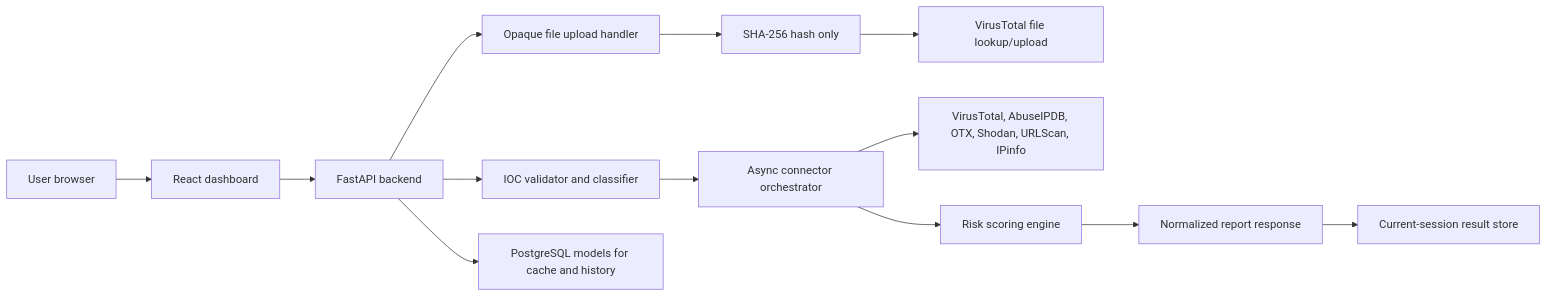
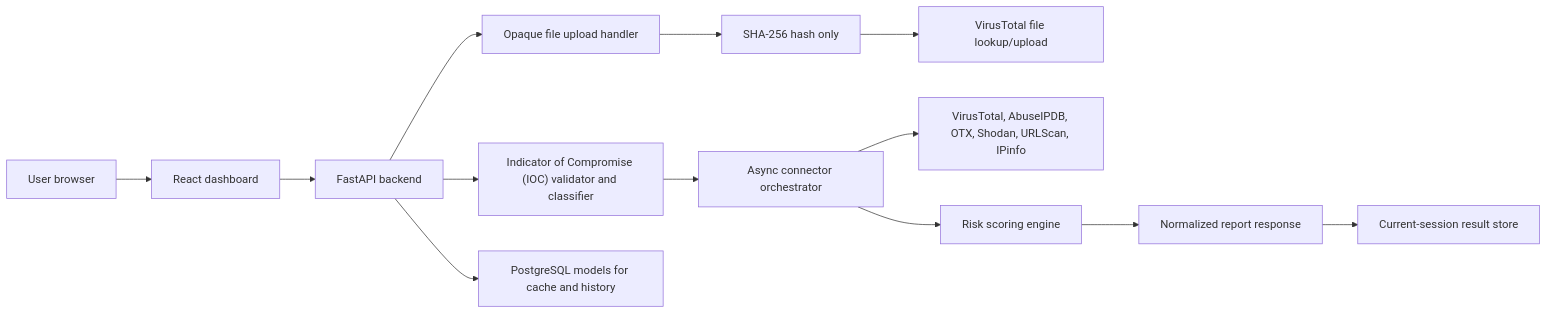
Before and after one commit to vishalVasanthakumarPoornima/Cloud-Threat-Intelligence-Dashboard: the diagram in docs/architecture.md, drawn with Mermaid. The commit also changed other lines of this file and 6 other files, not shown here.

````diff
--- a/docs/architecture.md
+++ b/docs/architecture.md
@@ -7,15 +7,15 @@
 ```mermaid
 flowchart LR
     User["User browser"] --> Frontend["React dashboard"]
     Frontend --> Backend["FastAPI backend"]
-    Backend --> Validator["IOC validator and classifier"]
+    Backend --> Validator["Indicator of Compromise (IOC) validator and classifier"]
     Validator --> Orchestrator["Async connector orchestrator"]
     Backend --> FileUpload["Opaque file upload handler"]
     FileUpload --> Hash["SHA-256 hash only"]
     Hash --> VTFile["VirusTotal file lookup/upload"]
     Orchestrator --> Sources["VirusTotal, AbuseIPDB, OTX, Shodan, URLScan, IPinfo"]
     Orchestrator --> Risk["Risk scoring engine"]
     Risk --> Report["Normalized report response"]
     Report --> Store["Current-session result store"]
     Backend --> Database["PostgreSQL models for cache and history"]
 ```
````
